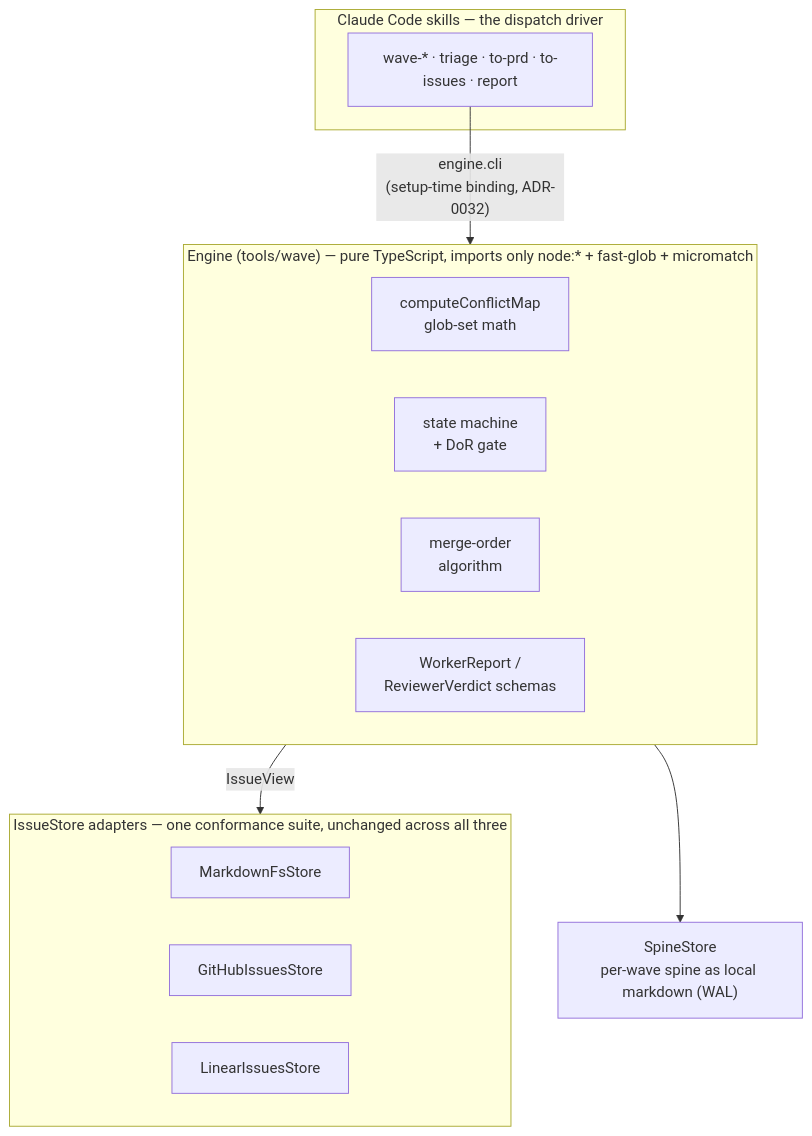
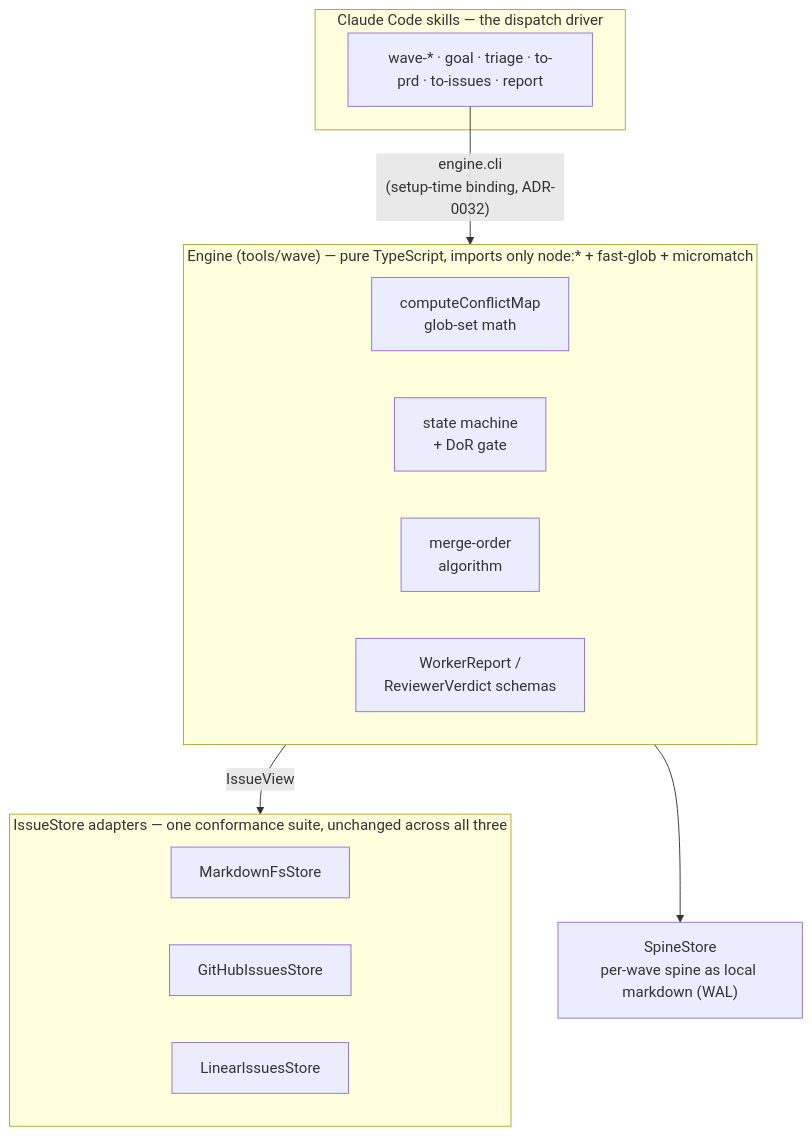
One commit to formtrieb/flotilla changed the second of 2 diagrams in README.md. Above: the diagram before and after it, drawn with Mermaid. The commit also changed other lines of this file and 8 other files, not shown here.

````diff
--- a/README.md
+++ b/README.md
@@ -54,21 +55,21 @@
 ```mermaid
 flowchart TB
     subgraph skills["Claude Code skills — the dispatch driver"]
-        S["wave-* · triage · to-prd · to-issues · report"]
+        S["wave-* · goal · triage · to-prd · to-issues · report"]
     end
     subgraph engine["Engine (tools/wave) — pure TypeScript, imports only node:* + fast-glob + micromatch"]
         CM["computeConflictMap<br>glob-set math"]
         SM["state machine<br>+ DoR gate"]
         MO["merge-order<br>algorithm"]
         SCH["WorkerReport /<br>ReviewerVerdict schemas"]
     end
     subgraph stores["IssueStore adapters — one conformance suite, unchanged across all three"]
         MD["MarkdownFsStore"]
         GH["GitHubIssuesStore"]
         LN["LinearIssuesStore"]
     end
     SP["SpineStore<br>per-wave spine as local markdown (WAL)"]
     S -->|"engine.cli<br>(setup-time binding, ADR-0032)"| engine
     engine -->|"IssueView"| stores
     engine --> SP
 ```
````
